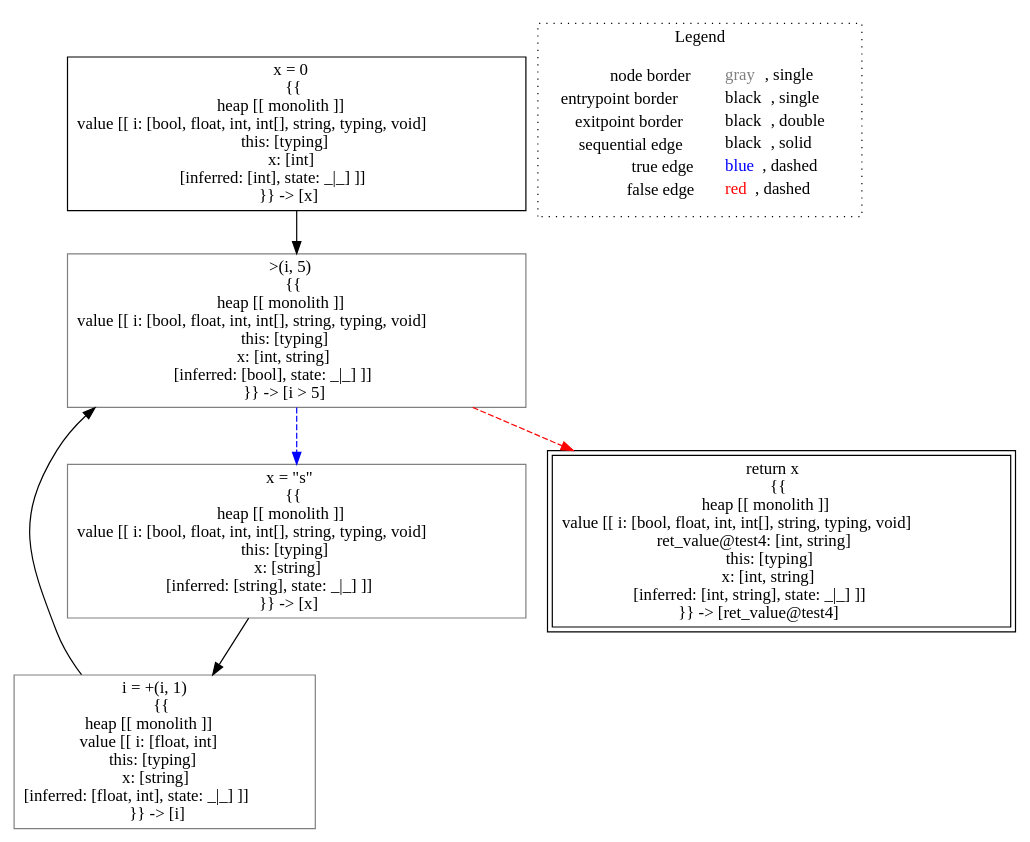
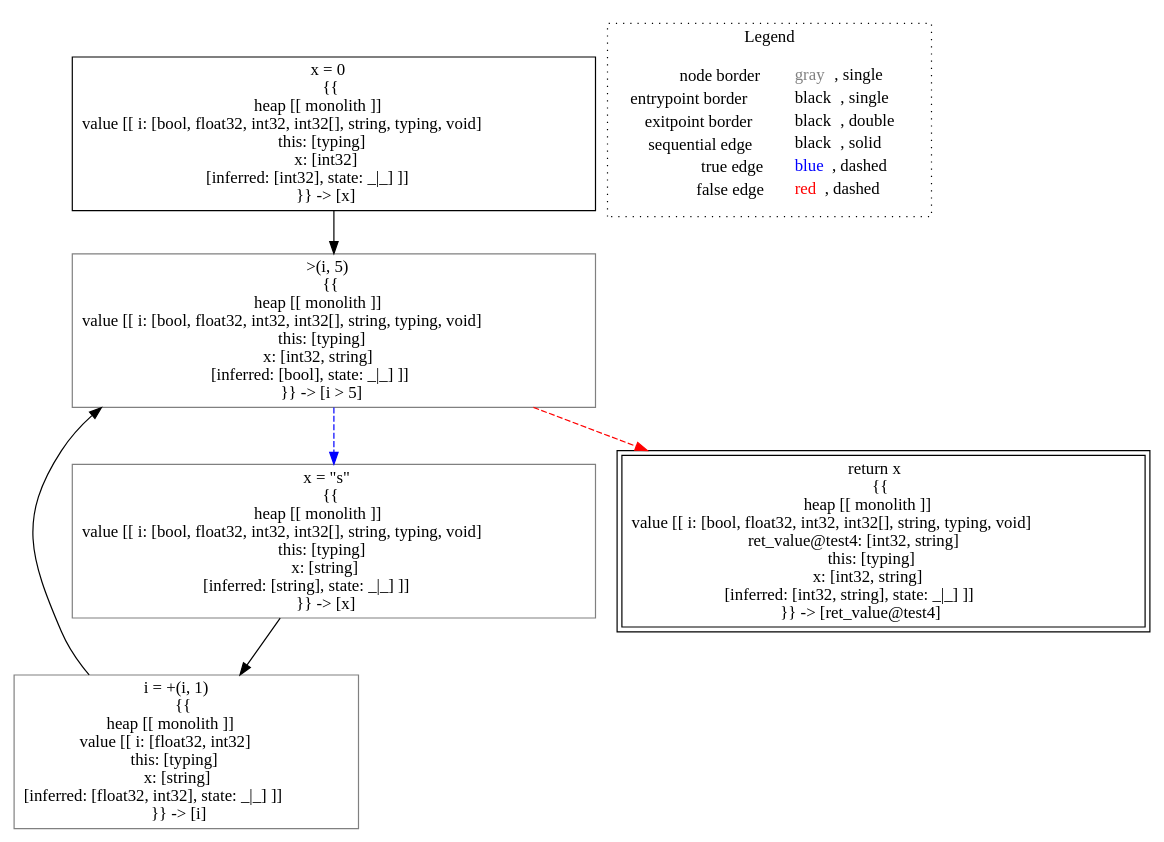
Before and after one commit to lisa-analyzer/lisa: the diagram in lisa/lisa-core/imp-testcases/type-inference/typing___untyped_typing.test4(typing_this,_untyped_i).dot, drawn with Graphviz. The commit also changed 17 other files, not shown here.

```diff
--- a/lisa/lisa-core/imp-testcases/type-inference/typing___untyped_typing.test4(typing_this,_untyped_i).dot
+++ b/lisa/lisa-core/imp-testcases/type-inference/typing___untyped_typing.test4(typing_this,_untyped_i).dot
@@ -1,19 +1,19 @@
 digraph {
-	"node0" [shape="rect",color="black",label=<x = 0<BR/>{{<BR/>heap [[ monolith ]]<BR/>value [[ i: [bool, float, int, int[], string, typing, void]<BR/>this: [typing]<BR/>x: [int]<BR/>[inferred: [int], state: _|_] ]]<BR/>}} -&gt; [x]>];
-	"node1" [shape="rect",color="gray",label=<x = &quot;s&quot;<BR/>{{<BR/>heap [[ monolith ]]<BR/>value [[ i: [bool, float, int, int[], string, typing, void]<BR/>this: [typing]<BR/>x: [string]<BR/>[inferred: [string], state: _|_] ]]<BR/>}} -&gt; [x]>];
-	"node2" [shape="rect",color="black",peripheries="2",label=<return x<BR/>{{<BR/>heap [[ monolith ]]<BR/>value [[ i: [bool, float, int, int[], string, typing, void]<BR/>ret_value@test4: [int, string]<BR/>this: [typing]<BR/>x: [int, string]<BR/>[inferred: [int, string], state: _|_] ]]<BR/>}} -&gt; [ret_value@test4]>];
-	"node3" [shape="rect",color="gray",label=<i = +(i, 1)<BR/>{{<BR/>heap [[ monolith ]]<BR/>value [[ i: [float, int]<BR/>this: [typing]<BR/>x: [string]<BR/>[inferred: [float, int], state: _|_] ]]<BR/>}} -&gt; [i]>];
-	"node4" [shape="rect",color="gray",label=<&gt;(i, 5)<BR/>{{<BR/>heap [[ monolith ]]<BR/>value [[ i: [bool, float, int, int[], string, typing, void]<BR/>this: [typing]<BR/>x: [int, string]<BR/>[inferred: [bool], state: _|_] ]]<BR/>}} -&gt; [i &gt; 5]>];
+	"node0" [shape="rect",color="black",label=<x = 0<BR/>{{<BR/>heap [[ monolith ]]<BR/>value [[ i: [bool, float32, int32, int32[], string, typing, void]<BR/>this: [typing]<BR/>x: [int32]<BR/>[inferred: [int32], state: _|_] ]]<BR/>}} -&gt; [x]>];
+	"node1" [shape="rect",color="gray",label=<x = &quot;s&quot;<BR/>{{<BR/>heap [[ monolith ]]<BR/>value [[ i: [bool, float32, int32, int32[], string, typing, void]<BR/>this: [typing]<BR/>x: [string]<BR/>[inferred: [string], state: _|_] ]]<BR/>}} -&gt; [x]>];
+	"node2" [shape="rect",color="black",peripheries="2",label=<return x<BR/>{{<BR/>heap [[ monolith ]]<BR/>value [[ i: [bool, float32, int32, int32[], string, typing, void]<BR/>ret_value@test4: [int32, string]<BR/>this: [typing]<BR/>x: [int32, string]<BR/>[inferred: [int32, string], state: _|_] ]]<BR/>}} -&gt; [ret_value@test4]>];
+	"node3" [shape="rect",color="gray",label=<i = +(i, 1)<BR/>{{<BR/>heap [[ monolith ]]<BR/>value [[ i: [float32, int32]<BR/>this: [typing]<BR/>x: [string]<BR/>[inferred: [float32, int32], state: _|_] ]]<BR/>}} -&gt; [i]>];
+	"node4" [shape="rect",color="gray",label=<&gt;(i, 5)<BR/>{{<BR/>heap [[ monolith ]]<BR/>value [[ i: [bool, float32, int32, int32[], string, typing, void]<BR/>this: [typing]<BR/>x: [int32, string]<BR/>[inferred: [bool], state: _|_] ]]<BR/>}} -&gt; [i &gt; 5]>];
 	"node1" -> "node3" [color="black"];
 	"node0" -> "node4" [color="black"];
 	"node3" -> "node4" [color="black"];
 	"node4" -> "node1" [color="blue",style="dashed"];
 	"node4" -> "node2" [color="red",style="dashed"];
 subgraph cluster_legend {
 	label="Legend";
 	style=dotted;
 	node [shape=plaintext];
 	"legend" [label=<<table border="0" cellpadding="2" cellspacing="0" cellborder="0"><tr><td align="right">node border&nbsp;</td><td align="left"><font color="gray">gray</font>, single</td></tr><tr><td align="right">entrypoint border&nbsp;</td><td align="left"><font color="black">black</font>, single</td></tr><tr><td align="right">exitpoint border&nbsp;</td><td align="left"><font color="black">black</font>, double</td></tr><tr><td align="right">sequential edge&nbsp;</td><td align="left"><font color="black">black</font>, solid</td></tr><tr><td align="right">true edge&nbsp;</td><td align="left"><font color="blue">blue</font>, dashed</td></tr><tr><td align="right">false edge&nbsp;</td><td align="left"><font color="red">red</font>, dashed</td></tr></table>>];
 }
 
 }
```
